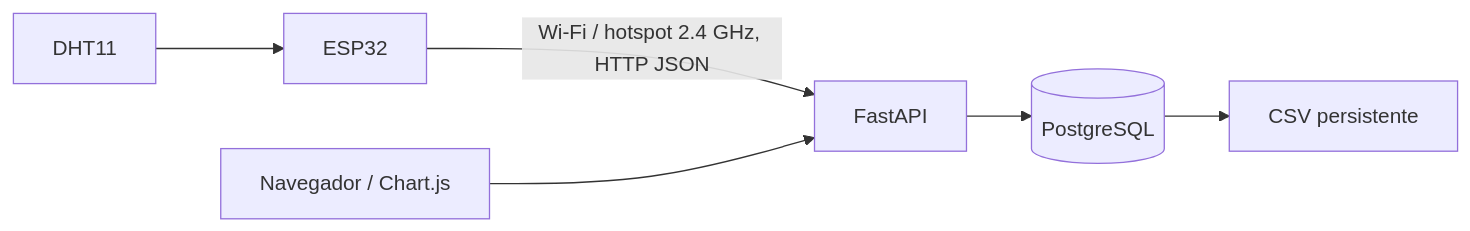
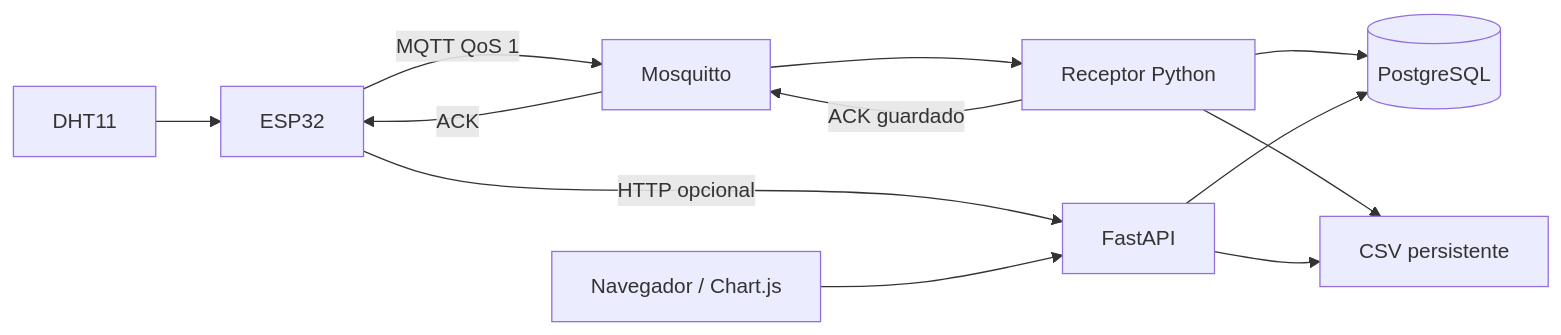
One commit to didcasva/Actividad_1_IoT_IA changed the diagram in docs/architecture.md. Above: the diagram before and after it, drawn with Mermaid. The commit also changed other lines of this file and 23 other files, not shown here.

Commit message:
Integra MQTT con Mosquitto y acuses de guardado del ESP32

````diff
--- a/docs/architecture.md
+++ b/docs/architecture.md
@@ -5,8 +5,14 @@
 ```mermaid
 flowchart LR
   DHT11 --> ESP32
-  ESP32 -->|Wi-Fi / hotspot 2.4 GHz, HTTP JSON| API[FastAPI]
+  ESP32 -->|MQTT QoS 1| Broker[Mosquitto]
+  Broker --> Worker[Receptor Python]
+  Worker --> PG
+  Worker --> CSV
+  Worker -->|ACK guardado| Broker
+  Broker -->|ACK| ESP32
+  ESP32 -->|HTTP opcional| API[FastAPI]
   API --> PG[(PostgreSQL)]
-  PG --> CSV[CSV persistente]
+  API --> CSV[CSV persistente]
   Browser[Navegador / Chart.js] --> API
 ```
````
